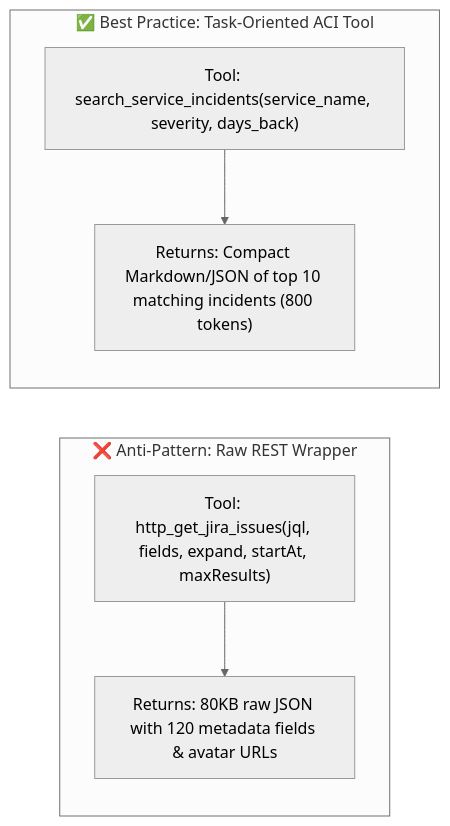
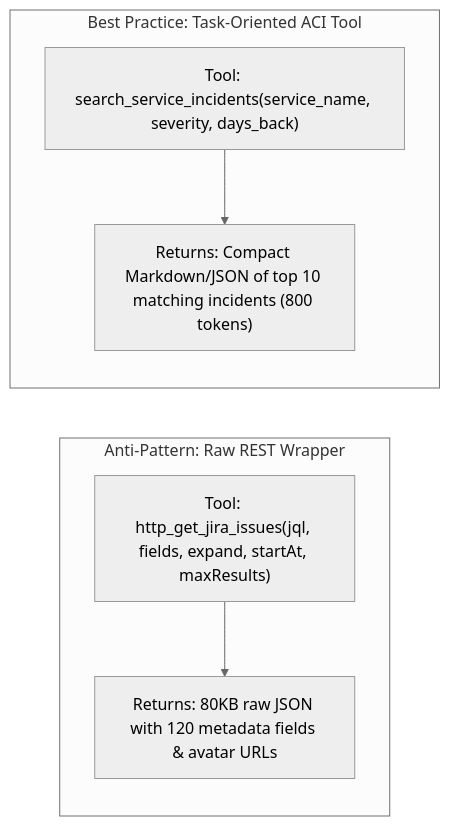
One commit to Rajdipc/agentic-ai-orchestration-patterns changed the second of 3 diagrams in chapter-06-tool-calling-and-action-engineering.md. Above: the diagram before and after it, drawn with Mermaid (neutral theme). The commit also changed other lines of this file and 23 other files, not shown here.

````diff
--- a/chapter-06-tool-calling-and-action-engineering.md
+++ b/chapter-06-tool-calling-and-action-engineering.md
@@ -83,14 +89,14 @@
 ```mermaid
 flowchart LR
-    subgraph Bad["❌ Anti-Pattern: Raw REST Wrapper"]
+    subgraph Bad["Anti-Pattern: Raw REST Wrapper"]
         B1["Tool: http_get_jira_issues(jql, fields, expand, startAt, maxResults)"]
         B2["Returns: 80KB raw JSON with 120 metadata fields & avatar URLs"]
         B1 --> B2
     end
 
-    subgraph Good["✅ Best Practice: Task-Oriented ACI Tool"]
+    subgraph Good["Best Practice: Task-Oriented ACI Tool"]
         G1["Tool: search_service_incidents(service_name, severity, days_back)"]
         G2["Returns: Compact Markdown/JSON of top 10 matching incidents (800 tokens)"]
         G1 --> G2
     end
 ```
````
